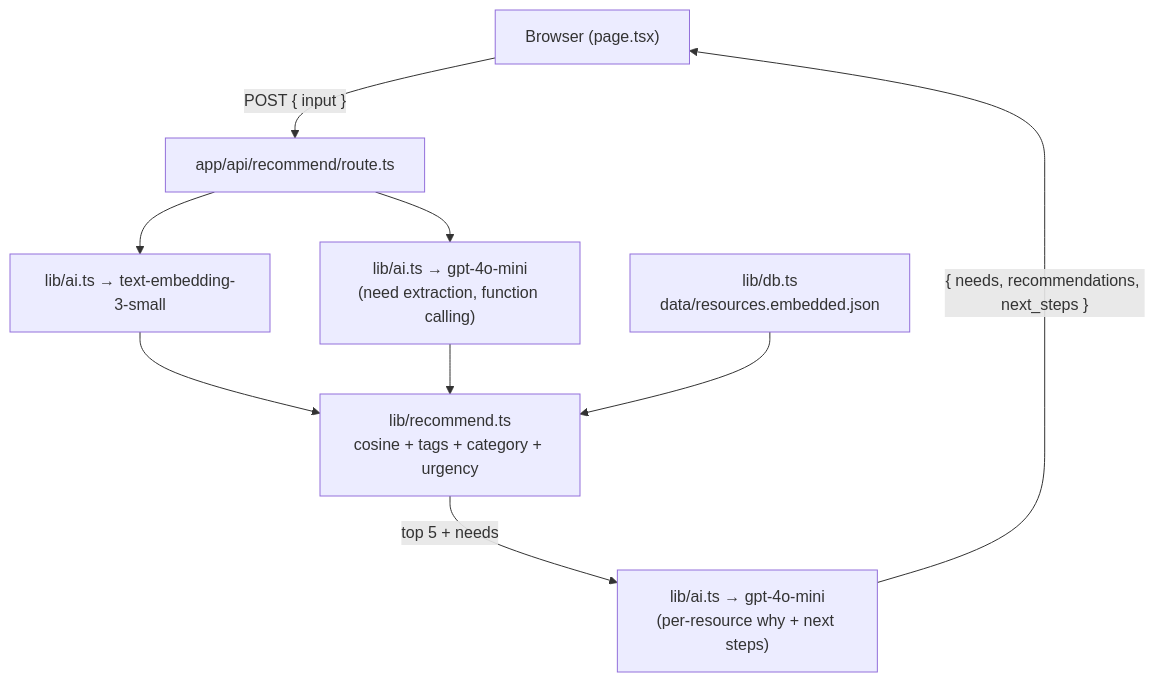
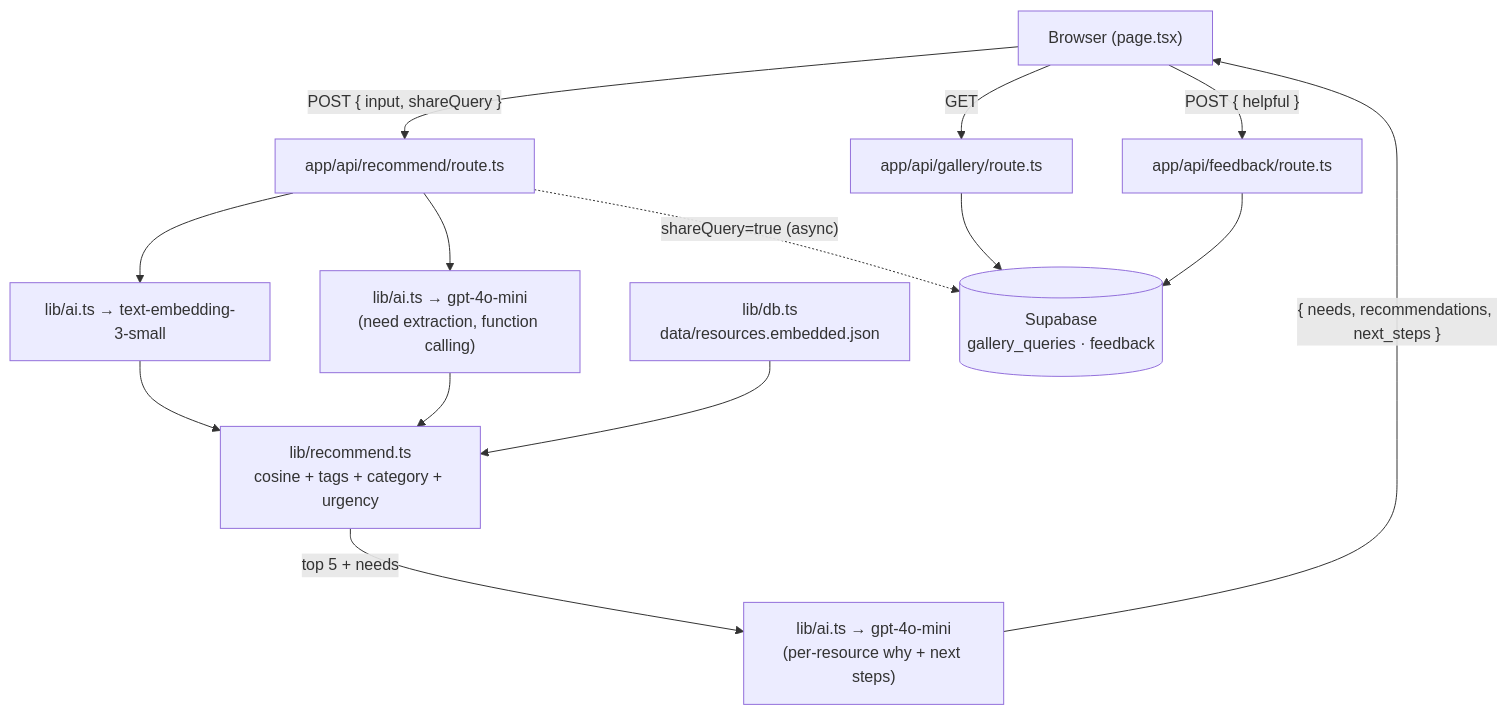
Before and after one commit to aryank09/UW-Compass: the diagram in README.md, drawn with Mermaid. The commit also changed other lines of this file and 2 other files, not shown here.

Commit message:
docs: update README and about page architecture for Supabase migration

````diff
--- a/README.md
+++ b/README.md
@@ -33,19 +33,25 @@
 ```mermaid
 flowchart TB
     Browser["Browser (page.tsx)"]
     API["app/api/recommend/route.ts"]
     Embed["lib/ai.ts → text-embedding-3-small"]
     Extract["lib/ai.ts → gpt-4o-mini<br/>(need extraction, function calling)"]
     DB["lib/db.ts<br/>data/resources.embedded.json"]
     Rank["lib/recommend.ts<br/>cosine + tags + category + urgency"]
     Summarize["lib/ai.ts → gpt-4o-mini<br/>(per-resource why + next steps)"]
+    Supabase[("Supabase<br/>gallery_queries · feedback")]
+    GalleryAPI["app/api/gallery/route.ts"]
+    FeedbackAPI["app/api/feedback/route.ts"]
 
-    Browser -- "POST { input }" --> API
+    Browser -- "POST { input, shareQuery }" --> API
     API --> Embed
     API --> Extract
     Embed --> Rank
     Extract --> Rank
     DB --> Rank
     Rank -- "top 5 + needs" --> Summarize
     Summarize -- "{ needs, recommendations, next_steps }" --> Browser
+    API -. "shareQuery=true (async)" .-> Supabase
+    Browser -- "GET" --> GalleryAPI --> Supabase
+    Browser -- "POST { helpful }" --> FeedbackAPI --> Supabase
 ```
````
